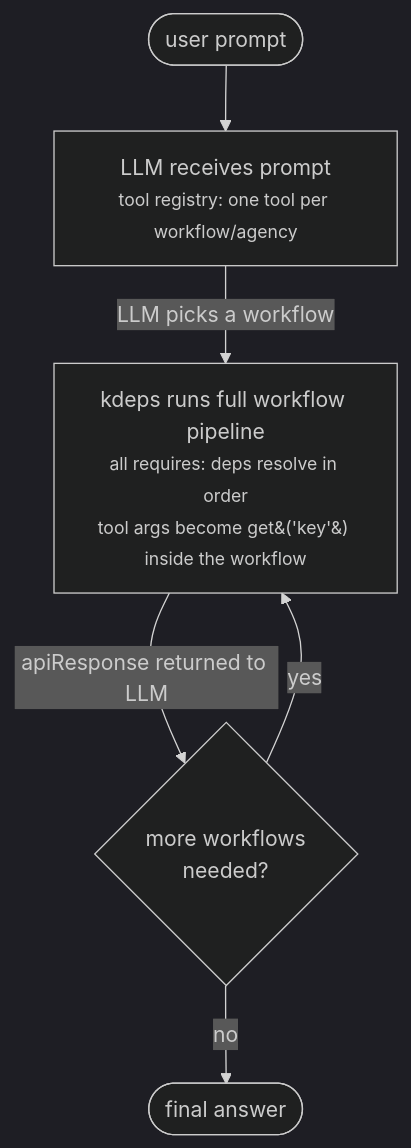
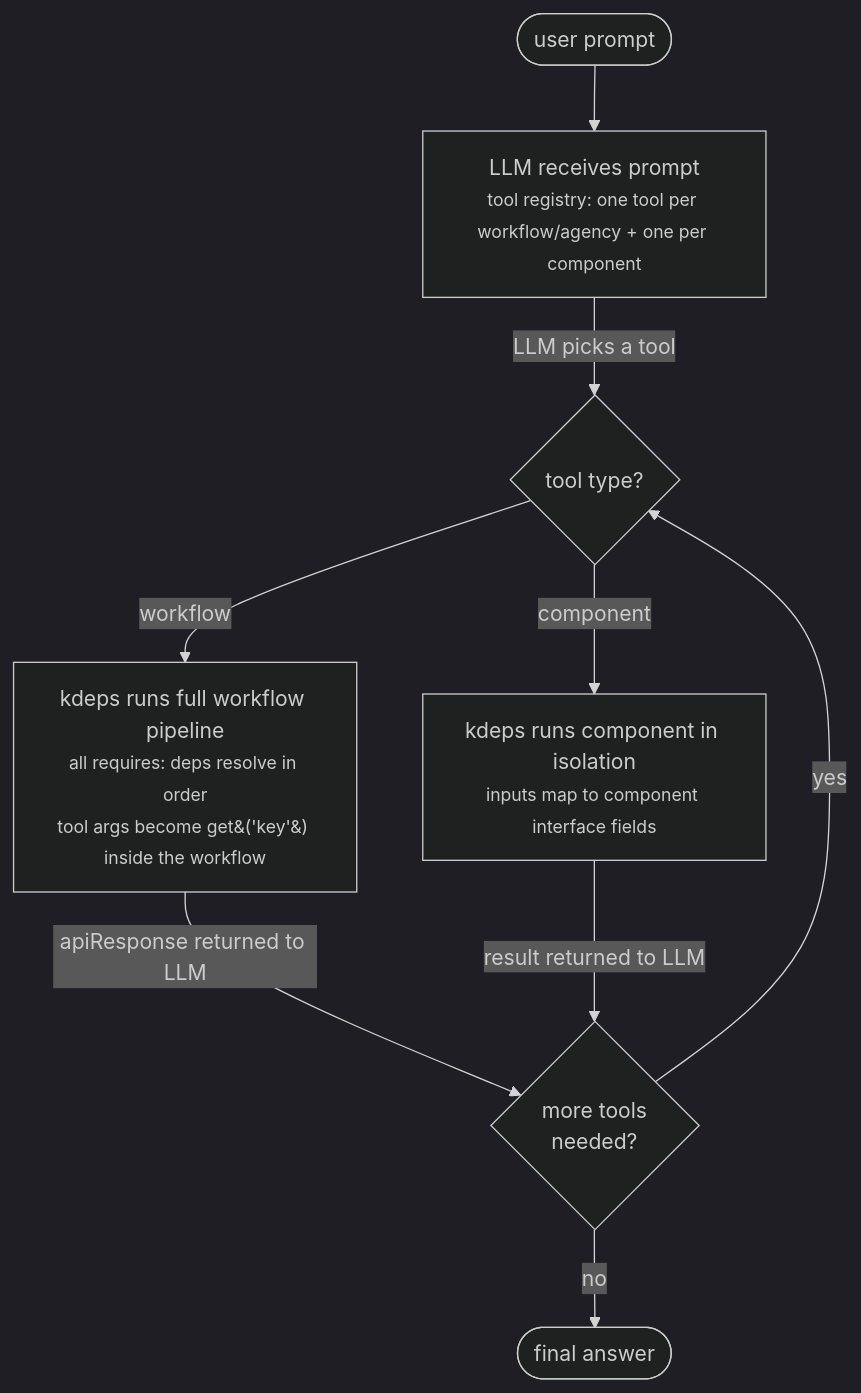
One commit to kdeps/kdeps changed the diagram in docs/v2/modes/agent-mode.md. Above: the diagram before and after it, drawn with Mermaid (dark theme). The commit also changed other lines of this file and 3 other files, not shown here.

````diff
--- a/docs/v2/modes/agent-mode.md
+++ b/docs/v2/modes/agent-mode.md
@@ -19,9 +19,12 @@
 ```mermaid
 flowchart TD
     A([user prompt]) --> B
-    B["LLM receives prompt<br/><small>tool registry: one tool per workflow/agency</small>"] -->|LLM picks a workflow| C
-    C["kdeps runs full workflow pipeline<br/><small>all requires: deps resolve in order<br/>tool args become get&#40;'key'&#41; inside the workflow</small>"] -->|apiResponse returned to LLM| D
-    D{"more workflows<br/>needed?"} -->|yes| C
-    D -->|no| E
-    E([final answer])
+    B["LLM receives prompt<br/><small>tool registry: one tool per workflow/agency + one per component</small>"] -->|LLM picks a tool| C
+    C{"tool type?"} -->|workflow| D
+    C -->|component| E
+    D["kdeps runs full workflow pipeline<br/><small>all requires: deps resolve in order<br/>tool args become get&#40;'key'&#41; inside the workflow</small>"] -->|apiResponse returned to LLM| F
+    E["kdeps runs component in isolation<br/><small>inputs map to component interface fields</small>"] -->|result returned to LLM| F
+    F{"more tools<br/>needed?"} -->|yes| C
+    F -->|no| G
+    G([final answer])
 ```
````
